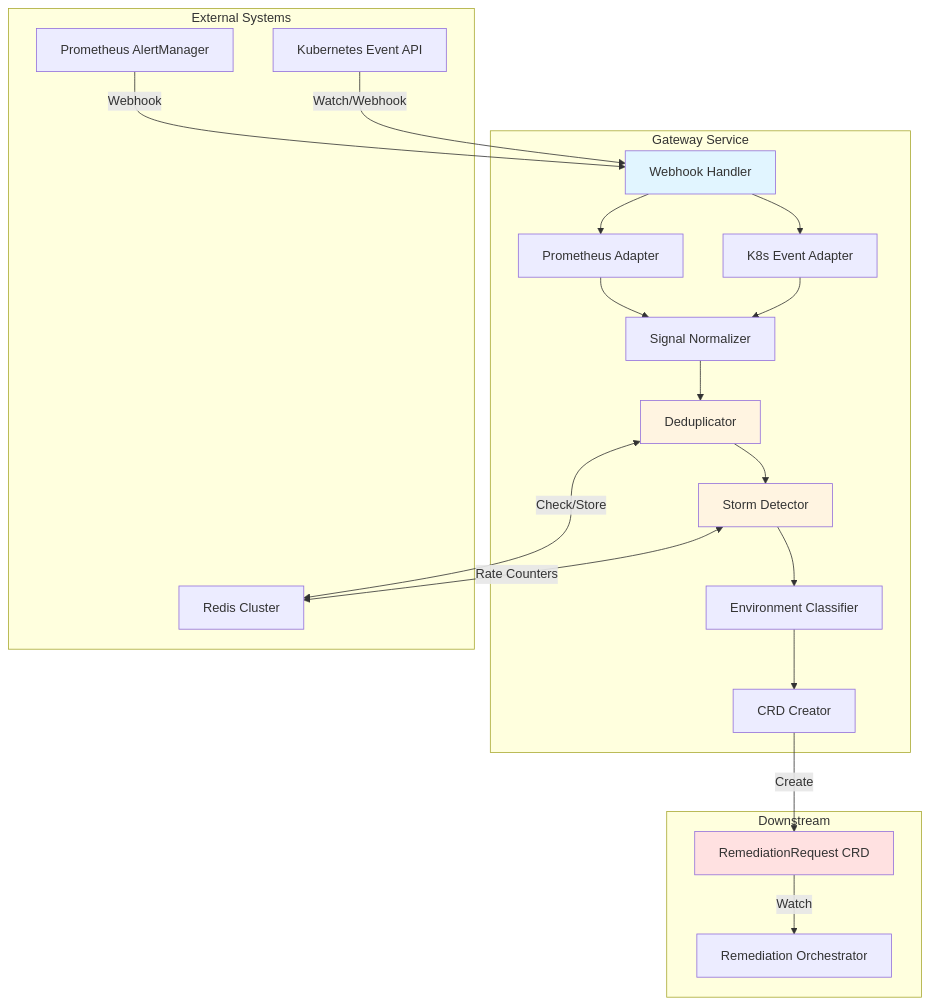
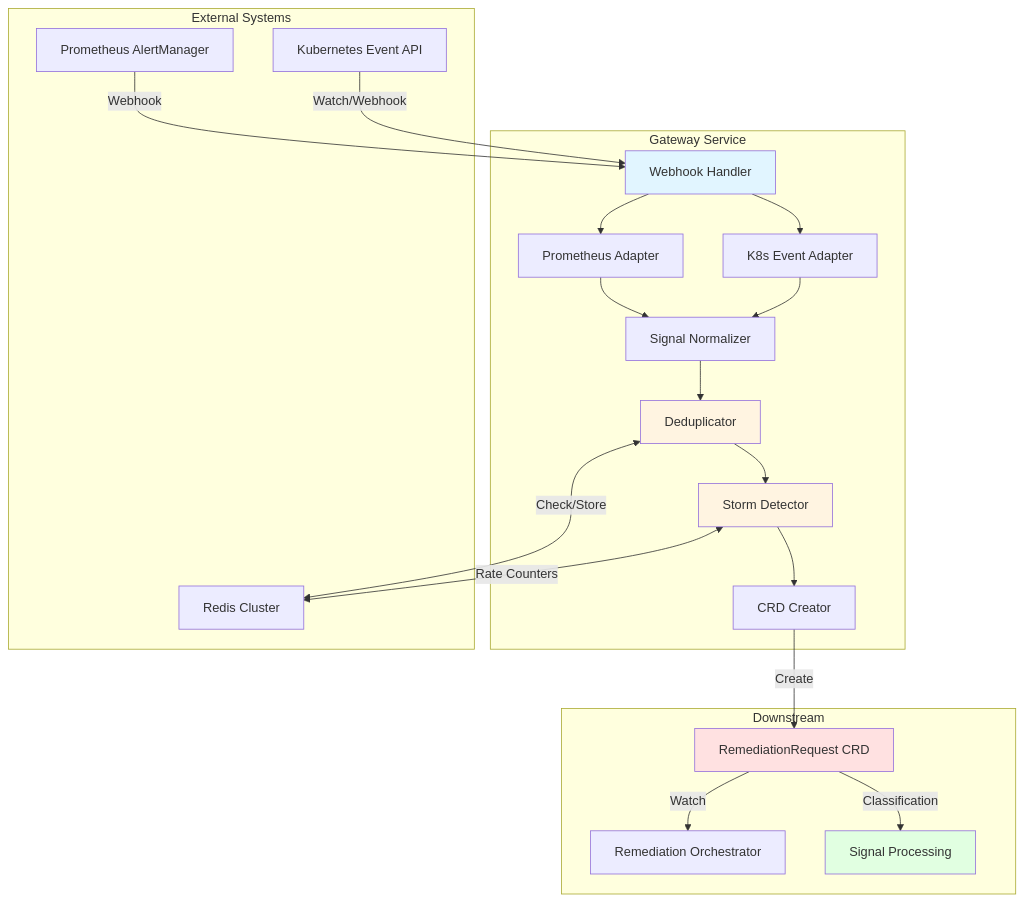
The first of 3 diagrams in docs/services/stateless/gateway-service/overview.md (jordigilh/kubernaut), drawn with Mermaid before and after one commit. The commit also changed other lines of this file and 218 other files, not shown here.

````diff
--- a/docs/services/stateless/gateway-service/overview.md
+++ b/docs/services/stateless/gateway-service/overview.md
@@ -121,44 +124,45 @@
 ```mermaid
 graph TB
     subgraph "Gateway Service"
         WH[Webhook Handler]
         PA[Prometheus Adapter]
         KA[K8s Event Adapter]
         Norm[Signal Normalizer]
         Dedup[Deduplicator]
         Storm[Storm Detector]
-        Class[Environment Classifier]
         Creator[CRD Creator]
     end
 
     subgraph "External Systems"
         PM[Prometheus AlertManager]
         K8S[Kubernetes Event API]
         Redis[Redis Cluster]
     end
 
     subgraph "Downstream"
         RR[RemediationRequest CRD]
         RO[Remediation Orchestrator]
+        SP[Signal Processing]
     end
 
     PM -->|Webhook| WH
     K8S -->|Watch/Webhook| WH
     WH --> PA
     WH --> KA
     PA --> Norm
     KA --> Norm
     Norm --> Dedup
     Dedup <-->|Check/Store| Redis
     Dedup --> Storm
     Storm <-->|Rate Counters| Redis
-    Storm --> Class
-    Class --> Creator
+    Storm --> Creator
     Creator -->|Create| RR
     RR -->|Watch| RO
+    RR -->|Classification| SP
 
     style WH fill:#e1f5ff
     style Dedup fill:#fff4e1
     style Storm fill:#fff4e1
     style RR fill:#ffe1e1
+    style SP fill:#e1ffe1
 ```
````
